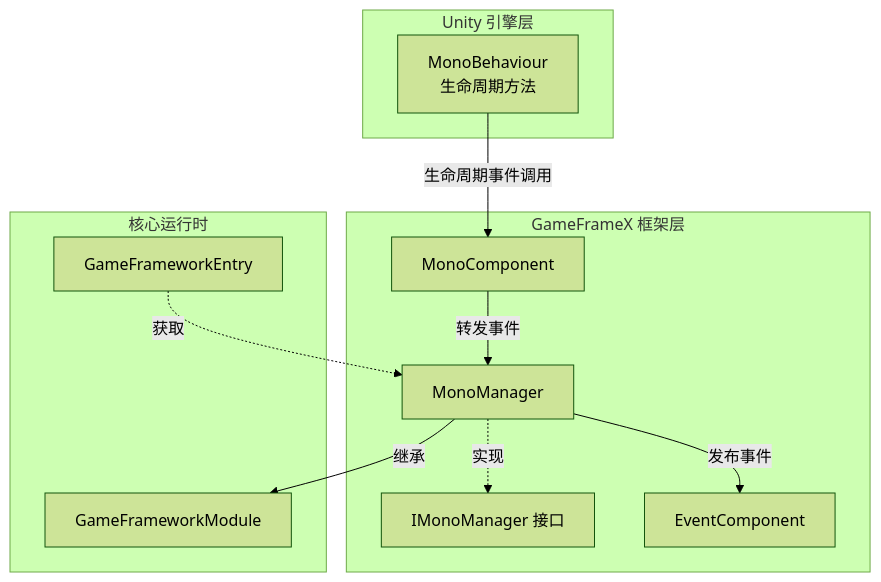
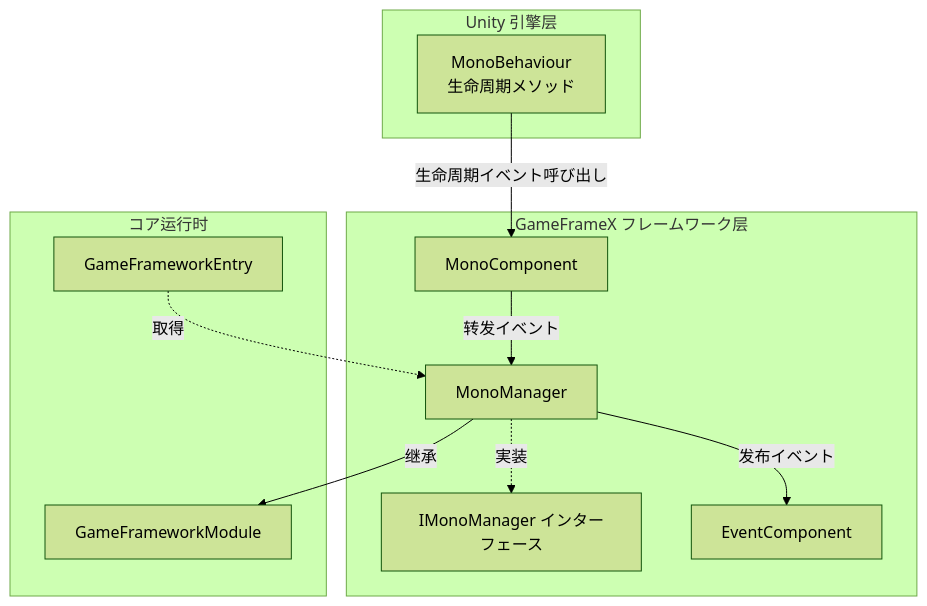
The first of 3 diagrams in docs/ja/client/unity/component/mono/06.monomanager.md (AlianBlank/GameFrameX.Docs), drawn with Mermaid (forest theme) before and after one commit. The commit also changed other lines of this file and 603 other files, not shown here.

````diff
--- a/docs/ja/client/unity/component/mono/06.monomanager.md
+++ b/docs/ja/client/unity/component/mono/06.monomanager.md
@@ -20,25 +20,25 @@
 ```mermaid
 graph TD
     subgraph Unity["Unity 引擎层"]
-        MB[MonoBehaviour<br/>生命周期方法]
+        MB[MonoBehaviour<br/>生命周期メソッド]
     end
 
-    subgraph GameFrameX["GameFrameX 框架层"]
+    subgraph GameFrameX["GameFrameX フレームワーク层"]
         MC[MonoComponent]
         MM[MonoManager]
-        IM[IMonoManager 接口]
+        IM[IMonoManager インターフェース]
         EC[EventComponent]
     end
 
-    subgraph Core["核心运行时"]
+    subgraph Core["コア运行时"]
         GFM[GameFrameworkModule]
         GFE[GameFrameworkEntry]
     end
 
-    MB -->|"生命周期事件调用"| MC
-    MC -->|"转发事件"| MM
-    MM -.->|"实现"| IM
+    MB -->|"生命周期イベント呼び出し"| MC
+    MC -->|"转发イベント"| MM
+    MM -.->|"実装"| IM
     MM -->|"继承"| GFM
-    GFE -.->|"获取"| MM
-    MM -->|"发布事件"| EC
+    GFE -.->|"取得"| MM
+    MM -->|"发布イベント"| EC
 ```
````
